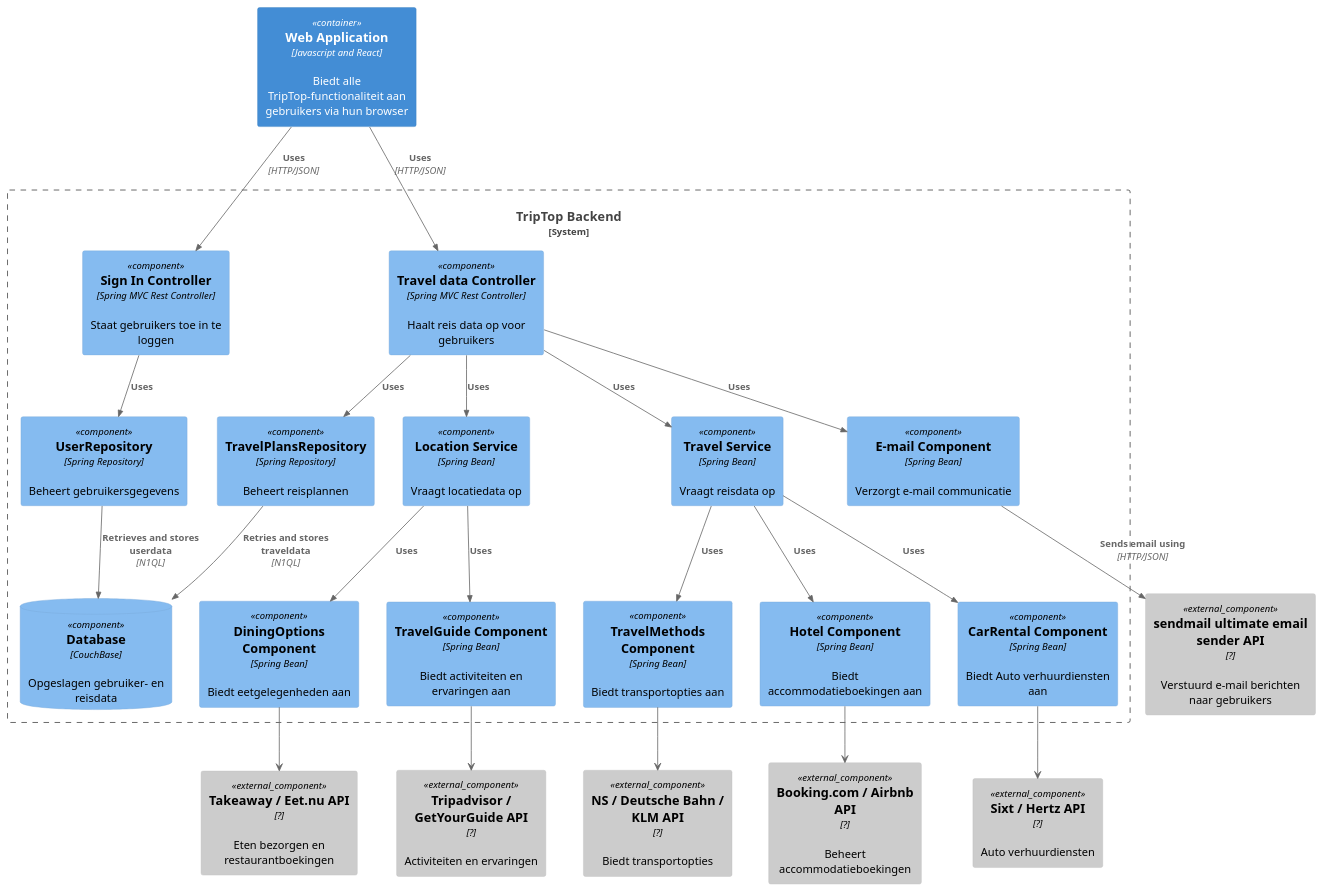
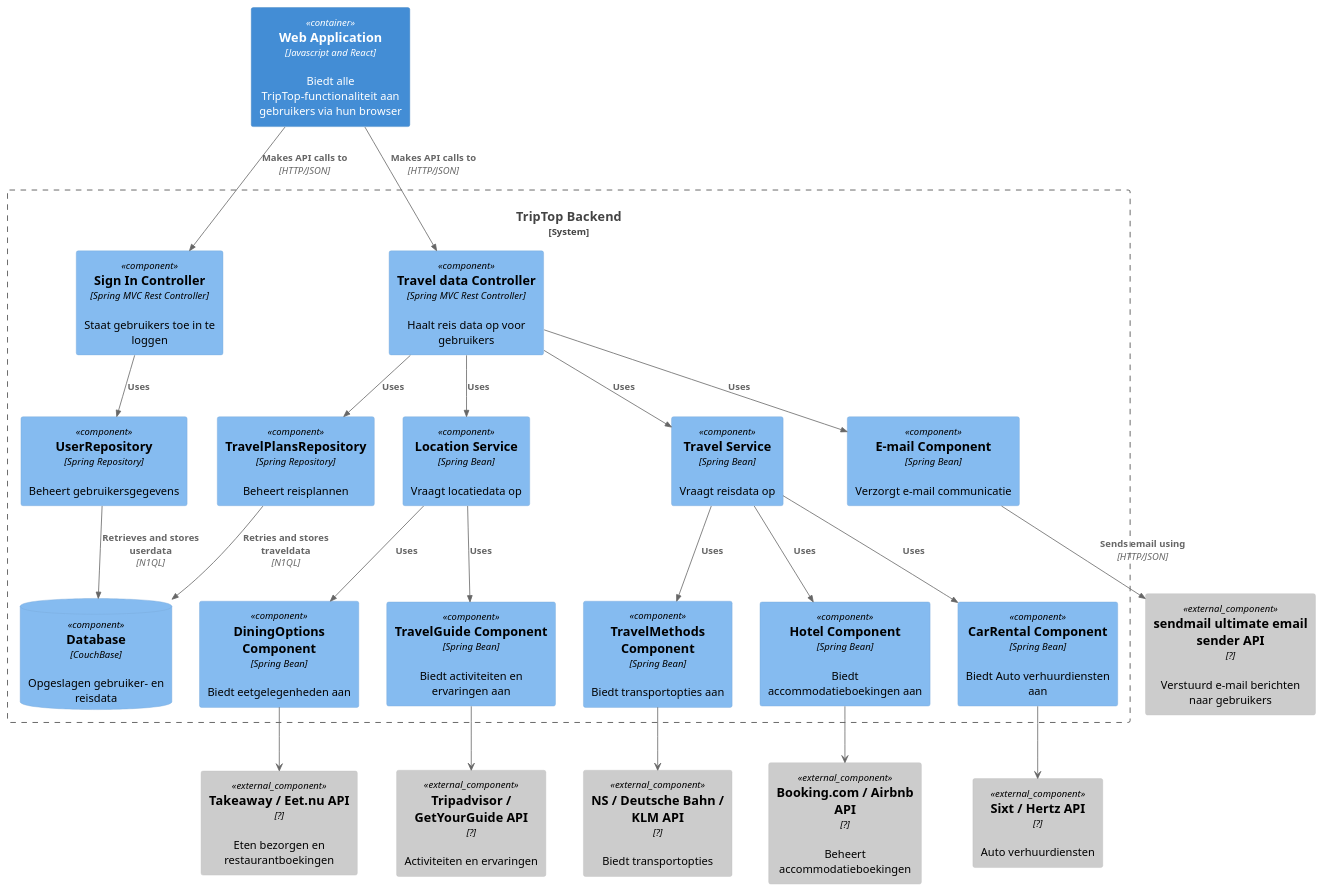
One commit to AIM-ENE-feb25/triptop-groep-3 changed the diagram in opdracht-diagrammen/C4 Component/Component Diagram Jordy.puml. Above: the diagram before and after it, drawn with PlantUML.

Commit message:
Minor Rel Update Component

```diff
--- a/opdracht-diagrammen/C4 Component/Component Diagram Jordy.puml
+++ b/opdracht-diagrammen/C4 Component/Component Diagram Jordy.puml
@@ -1,53 +1,53 @@
 @startuml
 !include https://raw.githubusercontent.com/plantuml-stdlib/C4-PlantUML/master/C4_Component.puml
 
 top to bottom direction
 
 System_Boundary(TripTop, "TripTop Backend", $link="https://github.com/plantuml-stdlib/C4-PlantUML") {
 Component(SignIn, Sign In Controller, Spring MVC Rest Controller, Staat gebruikers toe in te loggen)
 Component(TravelData, Travel data Controller, Spring MVC Rest Controller, Haalt reis data op voor gebruikers)
 Component(TravelService, Travel Service, Spring Bean, Vraagt reisdata op)
 Component(LocationService, Location Service, Spring Bean, Vraagt locatiedata op)
 Component(UserRepo, UserRepository, Spring Repository, Beheert gebruikersgegevens)
 Component(PlansRepo, TravelPlansRepository, Spring Repository, Beheert reisplannen)
 ComponentDb(DB, Database, CouchBase, Opgeslagen gebruiker- en reisdata)
 Component(Email, E-mail Component, Spring Bean, Verzorgt e-mail communicatie)
 Component(TravelMethods, TravelMethods Component, Spring Bean, Biedt transportopties aan)
 Component(DiningOptions, DiningOptions Component, Spring Bean, Biedt eetgelegenheden aan)
 Component(Hotel, Hotel Component, Spring Bean, Biedt accommodatieboekingen aan)
 Component(CarRental, CarRental Component, Spring Bean, Biedt Auto verhuurdiensten aan)
 Component(TravelGuide, TravelGuide Component, Spring Bean, Biedt activiteiten en ervaringen aan)
 }
 
 Container(WebApp, Web Application, Javascript and React, Biedt alle TripTop-functionaliteit aan gebruikers via hun browser)
 Component_Ext(BookingAPI, "Booking.com / Airbnb API", ? ,"Beheert accommodatieboekingen")
 Component_Ext(TransportAPI, "NS / Deutsche Bahn / KLM API", ? ,"Biedt transportopties")
 Component_Ext(RentalAPI, Sixt / Hertz API, ? ,"Auto verhuurdiensten")
 Component_Ext(GuideAPI, Tripadvisor / GetYourGuide API, ? ,"Activiteiten en ervaringen")
 Component_Ext(DiningAPI, Takeaway / Eet.nu API, ? ,"Eten bezorgen en restaurantboekingen")
 'Component_Ext(LoginProvider, "Google / Microsoft / Airbnb Login Provider", ?, "Beheert authenticatie en inloggen van gebruikers")
 Component_Ext(EmailProvider, "sendmail ultimate email sender API", ?, "Verstuurd e-mail berichten naar gebruikers")
 
-Rel(WebApp, SignIn, Uses, HTTP/JSON)
-Rel(WebApp, TravelData, Uses, HTTP/JSON)
+Rel(WebApp, SignIn, Makes API calls to, HTTP/JSON)
+Rel(WebApp, TravelData, Makes API calls to, HTTP/JSON)
 Rel(SignIn, UserRepo, Uses)
 Rel(TravelData, Email, Uses)
 Rel(TravelData, TravelService, Uses)
 Rel(TravelData, LocationService, Uses)
 Rel(TravelData, PlansRepo, Uses)
 Rel(TravelService, Hotel, Uses)
 Rel(TravelService, CarRental, Uses)
 Rel(LocationService, TravelGuide, Uses)
 Rel(TravelService, TravelMethods, Uses)
 Rel(LocationService, DiningOptions, Uses)
 Rel(UserRepo, DB, Retrieves and stores userdata, N1QL)
 Rel(PlansRepo, DB, Retries and stores traveldata, N1QL)
 Rel(Email, EmailProvider, Sends email using, HTTP/JSON)
 
 TravelMethods --> TransportAPI
 CarRental --> RentalAPI
 DiningOptions --> DiningAPI
 Hotel --> BookingAPI
 TravelGuide --> GuideAPI
 'SignIn --> LoginProvider
 @enduml
```
